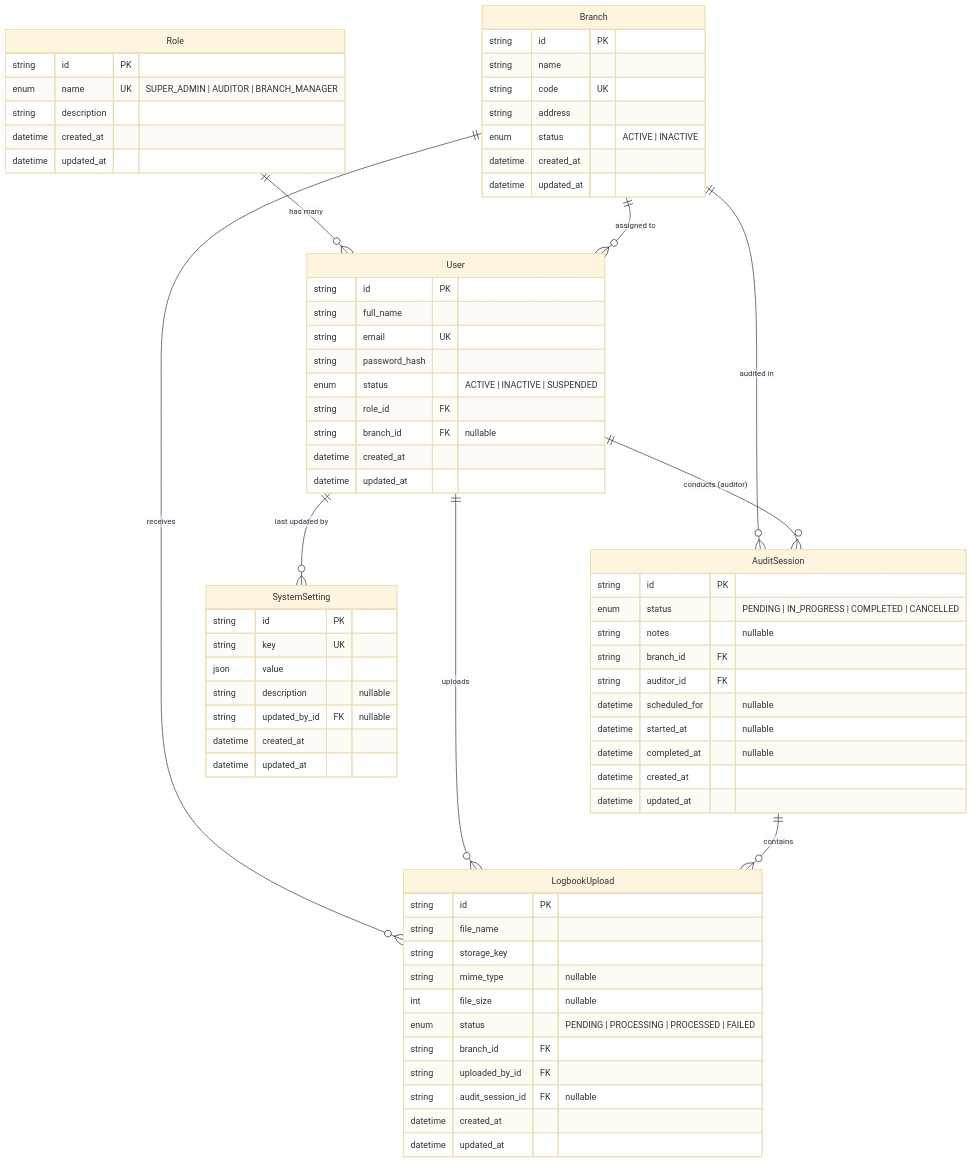
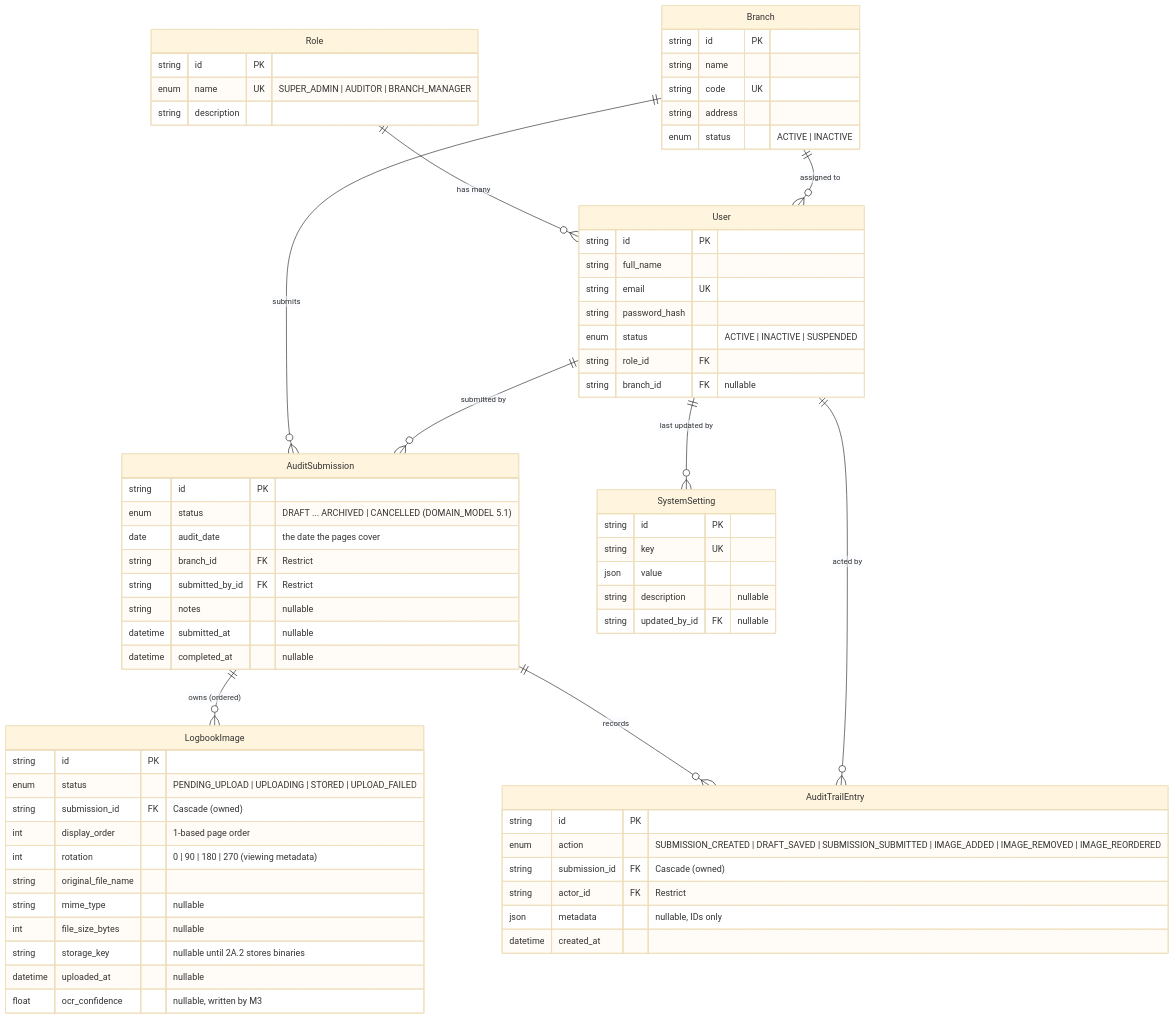
One commit to jomarvasquez14-oss/fermosa-ai-platform changed the diagram in docs/DATABASE.md. Above: the diagram before and after it, drawn with Mermaid (base theme). The commit also changed other lines of this file and 115 other files, not shown here.

````diff
--- a/docs/DATABASE.md
+++ b/docs/DATABASE.md
@@ -7,78 +9,77 @@
 ```mermaid
 erDiagram
     Role ||--o{ User : "has many"
     Branch ||--o{ User : "assigned to"
-    Branch ||--o{ AuditSession : "audited in"
-    Branch ||--o{ LogbookUpload : "receives"
-    User ||--o{ AuditSession : "conducts (auditor)"
-    User ||--o{ LogbookUpload : "uploads"
+    Branch ||--o{ AuditSubmission : "submits"
+    User ||--o{ AuditSubmission : "submitted by"
+    AuditSubmission ||--o{ LogbookImage : "owns (ordered)"
+    AuditSubmission ||--o{ AuditTrailEntry : "records"
+    User ||--o{ AuditTrailEntry : "acted by"
     User ||--o{ SystemSetting : "last updated by"
-    AuditSession ||--o{ LogbookUpload : "contains"
 
     Role {
         string id PK
         enum name UK "SUPER_ADMIN | AUDITOR | BRANCH_MANAGER"
         string description
-        datetime created_at
-        datetime updated_at
     }
 
     User {
         string id PK
         string full_name
         string email UK
         string password_hash
         enum status "ACTIVE | INACTIVE | SUSPENDED"
         string role_id FK
         string branch_id FK "nullable"
-        datetime created_at
-        datetime updated_at
     }
 
     Branch {
         string id PK
         string name
         string code UK
         string address
         enum status "ACTIVE | INACTIVE"
-        datetime created_at
-        datetime updated_at
     }
 
-    AuditSession {
+    AuditSubmission {
         string id PK
-        enum status "PENDING | IN_PROGRESS | COMPLETED | CANCELLED"
+        enum status "DRAFT ... ARCHIVED | CANCELLED (DOMAIN_MODEL 5.1)"
+        date audit_date "the date the pages cover"
+        string branch_id FK "Restrict"
+        string submitted_by_id FK "Restrict"
         string notes "nullable"
-        string branch_id FK
-        string auditor_id FK
-        datetime scheduled_for "nullable"
-        datetime started_at "nullable"
+        datetime submitted_at "nullable"
         datetime completed_at "nullable"
-        datetime created_at
-        datetime updated_at
     }
 
-    LogbookUpload {
+    LogbookImage {
         string id PK
-        string file_name
-        string storage_key
+        enum status "PENDING_UPLOAD | UPLOADING | STORED | UPLOAD_FAILED"
+        string submission_id FK "Cascade (owned)"
+        int display_order "1-based page order"
+        int rotation "0 | 90 | 180 | 270 (viewing metadata)"
+        string original_file_name
         string mime_type "nullable"
-        int file_size "nullable"
-        enum status "PENDING | PROCESSING | PROCESSED | FAILED"
-        string branch_id FK
-        string uploaded_by_id FK
-        string audit_session_id FK "nullable"
+        int file_size_bytes "nullable"
+        string storage_key "nullable until 2A.2 stores binaries"
+        datetime uploaded_at "nullable"
+        float ocr_confidence "nullable, written by M3"
+    }
+
+    AuditTrailEntry {
+        string id PK
+        enum action "SUBMISSION_CREATED | DRAFT_SAVED | SUBMISSION_SUBMITTED | IMAGE_ADDED | IMAGE_REMOVED | IMAGE_REORDERED"
+        string submission_id FK "Cascade (owned)"
+        string actor_id FK "Restrict"
+        json metadata "nullable, IDs only"
         datetime created_at
-        datetime updated_at
     }
 
     SystemSetting {
         string id PK
         string key UK
         json value
         string description "nullable"
         string updated_by_id FK "nullable"
-        datetime created_at
-        datetime updated_at
     }
 ```
````
